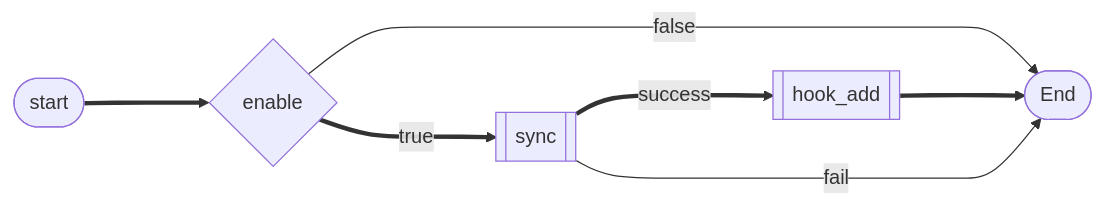
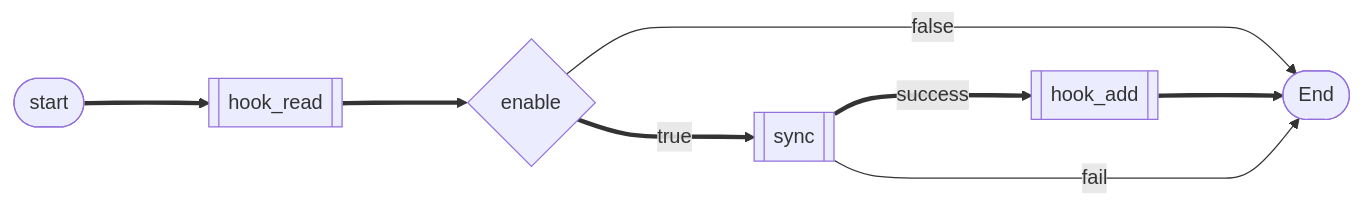
Before and after one commit to futsuuu/sinc: the diagram in README.md, drawn with Mermaid. The commit also changed other lines of this file, not shown here.

Commit message:
docs: add `hook_read` description

````diff
--- a/README.md
+++ b/README.md
@@ -102,9 +97,10 @@
 ```mermaid
 flowchart LR
-Start([start]) ===> enable
+Start([start]) ===> hook_read[[hook_read]]
+hook_read ===> enable
 enable{enable} ===> |true| sync
 enable ---> |false| End
 sync[[sync]] ===> |success| hook_add
 hook_add[[hook_add]] ===> End
 sync ---> |fail| End([End])
 ```
````
